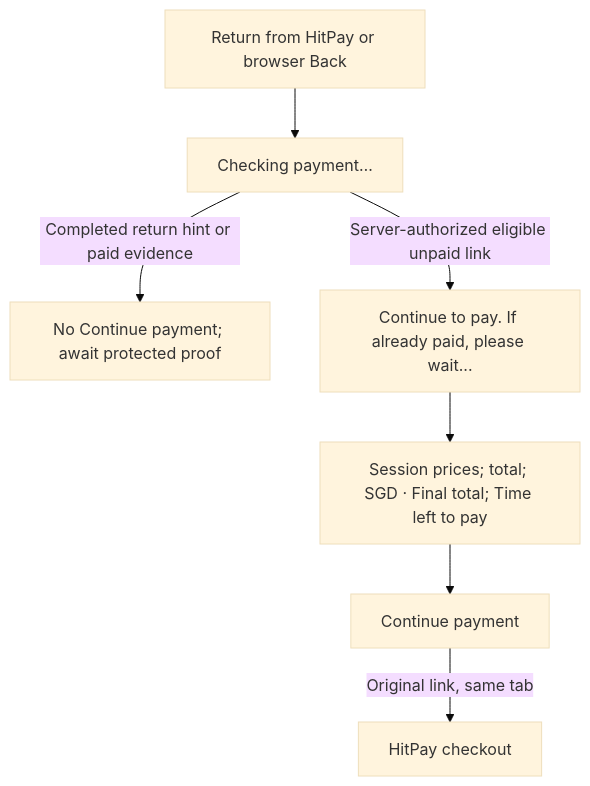
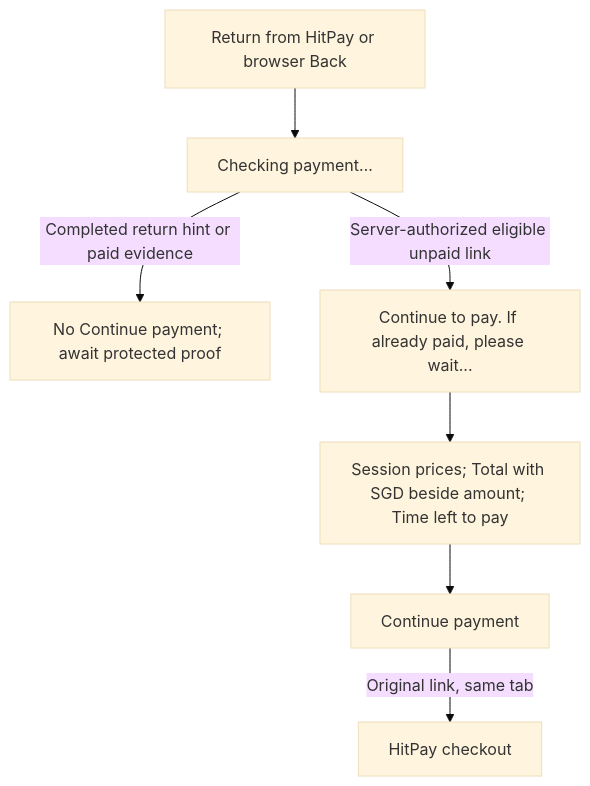
The eighth of 19 diagrams in docs/booking-flows.md (soccerbotstudiosg/soccerbotstudioSG), drawn with Mermaid (base theme) before and after one commit. The commit also changed other lines of this file and 42 other files, not shown here.

````diff
--- a/docs/booking-flows.md
+++ b/docs/booking-flows.md
@@ -114,9 +114,9 @@
 ```mermaid
 flowchart TD
   A["Return from HitPay or browser Back"] --> B["Checking payment…"]
   B -->|Completed return hint or paid evidence| C["No Continue payment; await protected proof"]
   B -->|Server-authorized eligible unpaid link| D["Continue to pay. If already paid, please wait..."]
-  D --> E["Session prices; total; SGD · Final total; Time left to pay"]
+  D --> E["Session prices; Total with SGD beside amount; Time left to pay"]
   E --> F["Continue payment"]
   F -->|Original link, same tab| G["HitPay checkout"]
 ```
````
